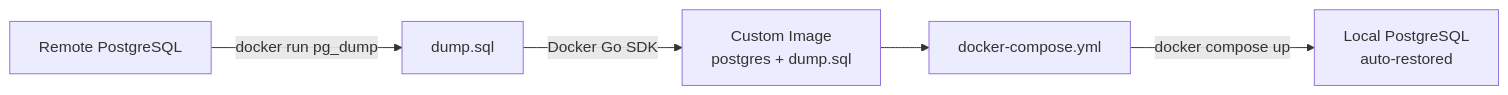
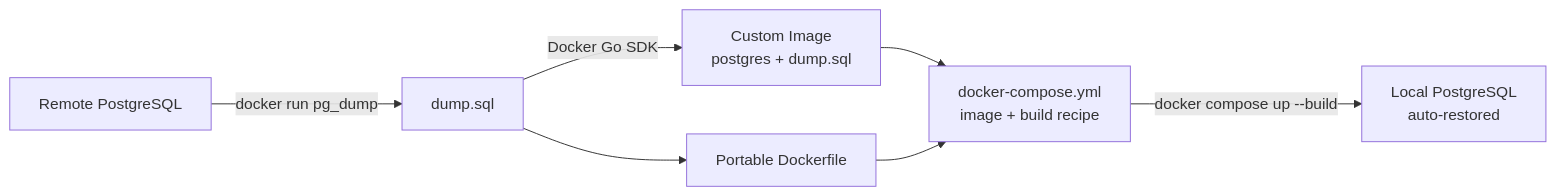
Before and after one commit to ralscha/psqldump: the diagram in README.md, drawn with Mermaid. The commit also changed other lines of this file and 13 other files, not shown here.

First line of the commit message:
Make generated PostgreSQL bundles portable

````diff
--- a/README.md
+++ b/README.md
@@ -7,7 +7,9 @@
 ```mermaid
 flowchart LR
     A[Remote PostgreSQL] -->|docker run pg_dump| B[dump.sql]
     B -->|Docker Go SDK| C[Custom Image<br/>postgres + dump.sql]
-    C --> D[docker-compose.yml]
-    D -->|docker compose up| E[Local PostgreSQL<br/>auto-restored]
+    B --> F[Portable Dockerfile]
+    C --> D[docker-compose.yml<br/>image + build recipe]
+    F --> D
+    D -->|docker compose up --build| E[Local PostgreSQL<br/>auto-restored]
 ```
````
